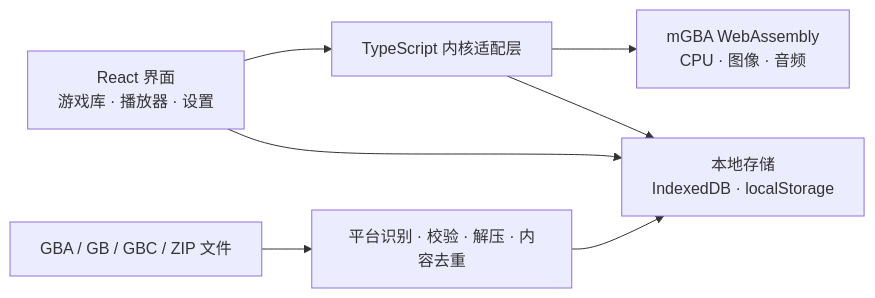
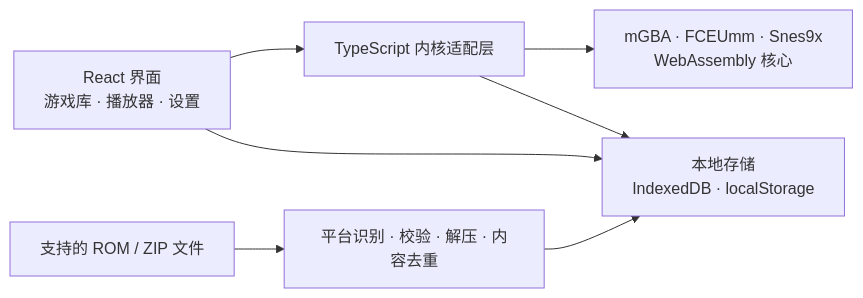
Before and after one commit to hehuang139/Orbitra: the diagram in README.md, drawn with Mermaid. The commit also changed other lines of this file and 43 other files, not shown here.

````diff
--- a/README.md
+++ b/README.md
@@ -199,9 +202,9 @@
 ```mermaid
 flowchart LR
     A[React 界面<br/>游戏库 · 播放器 · 设置] --> B[TypeScript 内核适配层]
-    B --> C[mGBA WebAssembly<br/>CPU · 图像 · 音频]
+    B --> C[mGBA · FCEUmm · Snes9x<br/>WebAssembly 核心]
     A --> D[本地存储<br/>IndexedDB · localStorage]
     B --> D
-    E[GBA / GB / GBC / ZIP 文件] --> F[平台识别 · 校验 · 解压 · 内容去重]
+    E[支持的 ROM / ZIP 文件] --> F[平台识别 · 校验 · 解压 · 内容去重]
     F --> D
 ```
````
